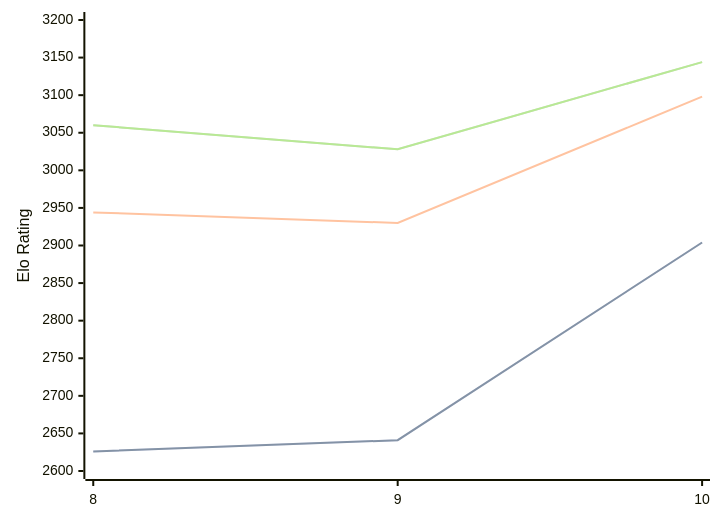
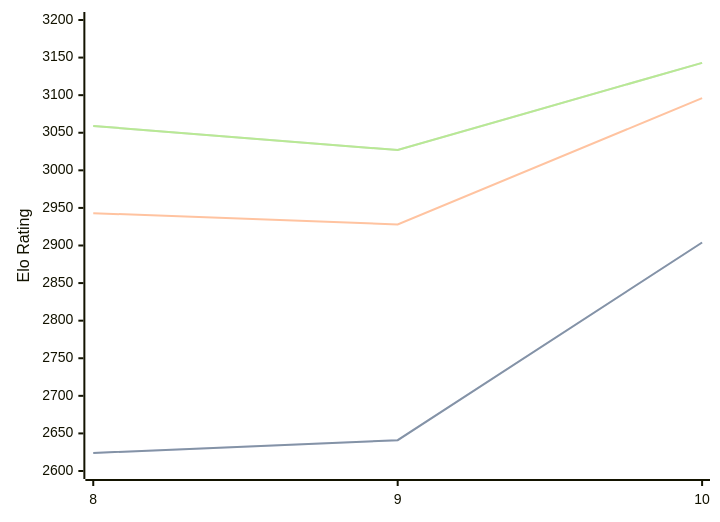
Before and after one commit to computer-chess-index/cci: the diagram in engines/Lozza.md, drawn with Mermaid. The commit also changed other lines of this file, not shown here.

Commit message:
Update CCI Ratings (ELO VLTC) - 2026-03-23

````diff
--- a/engines/Lozza.md
+++ b/engines/Lozza.md
@@ -41,11 +41,11 @@
 ```mermaid
 %%{init: {"theme":"base","themeVariables":{"seriesColors:['#a3a3a3','#222221','#faa371']}}}%%
 xychart-beta
   x-axis ["8", "9", "10"]
   y-axis "Elo Rating" 2600 --> 3200
-  line "STC (8.0+0.08s)" [2626, 2641, 2904]
-  line "STC (8.0+0.08s)" [2626, 2641, 2904]
-  line "LTC (60.0+0.60s)" [2944, 2930, 3098]
-  line "VLTC (2m24s+1.12s)" [3060, 3028, 3144]
-  line "VLTC (2m24s+1.12s)" [3060, 3028, 3144]
+  line "STC (8.0+0.08s)" [2624, 2641, 2904]
+  line "STC (8.0+0.08s)" [2624, 2641, 2904]
+  line "LTC (60.0+0.60s)" [2943, 2928, 3096]
+  line "VLTC (2m24s+1.12s)" [3059, 3027, 3143]
+  line "VLTC (2m24s+1.12s)" [3059, 3027, 3143]
 ```
````
